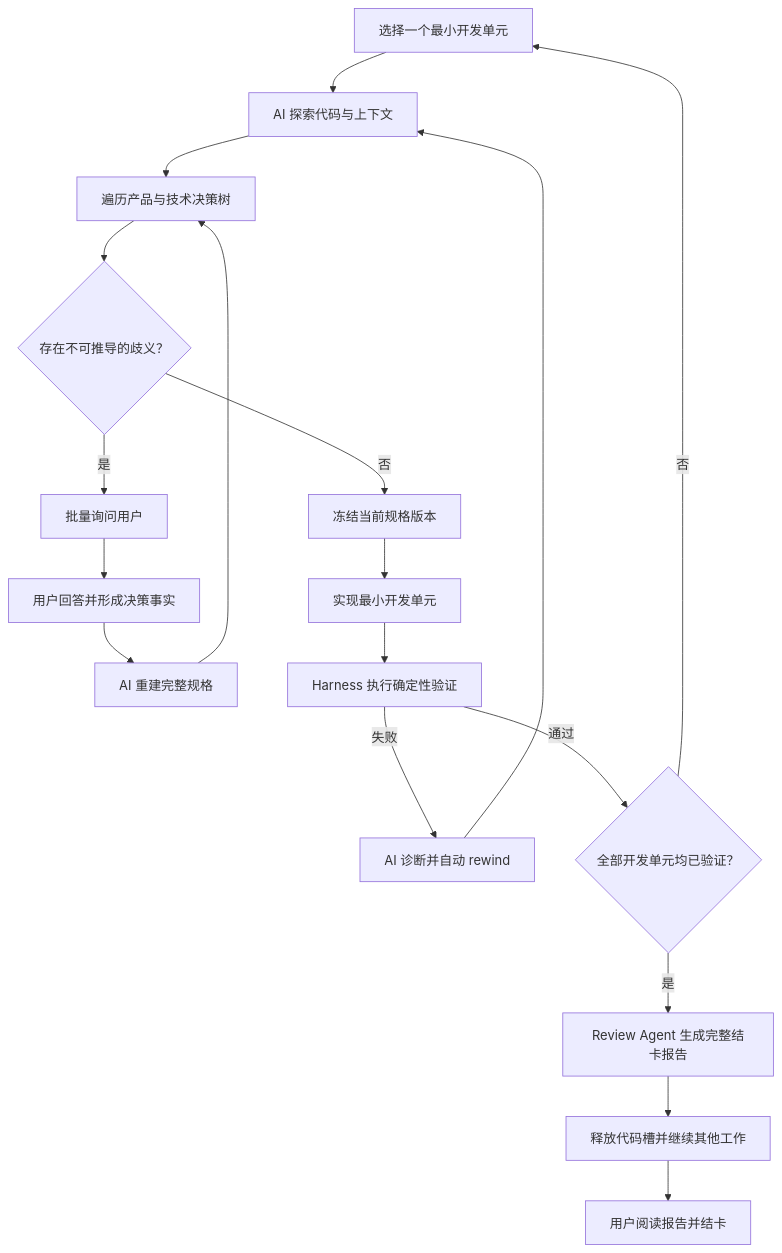
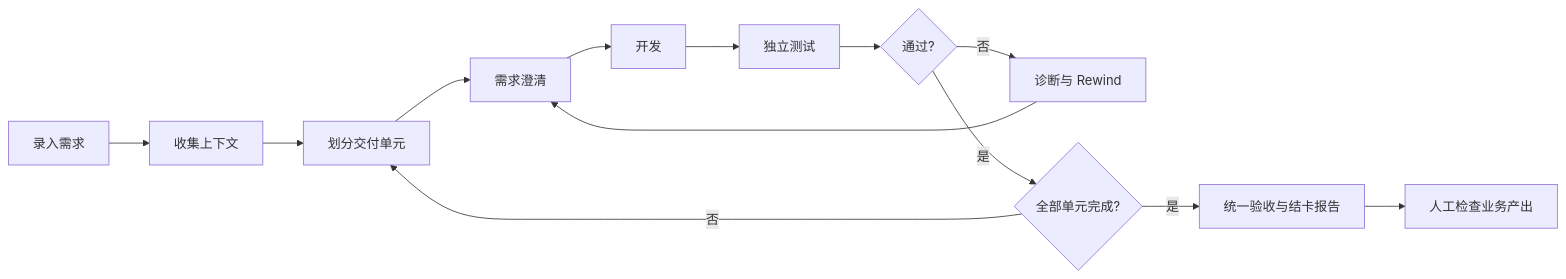
The diagram in README.md (InspireChina/ai4se-loop-workflow), drawn with Mermaid before and after one commit. The commit also changed other lines of this file and 3 other files, not shown here.

````diff
--- a/README.md
+++ b/README.md
@@ -59,20 +20,15 @@
 ```mermaid
-flowchart TD
-    A["选择一个最小开发单元"] --> B["AI 探索代码与上下文"]
-    B --> C["遍历产品与技术决策树"]
-    C --> D{"存在不可推导的歧义？"}
-    D -- "是" --> E["批量询问用户"]
-    E --> F["用户回答并形成决策事实"]
-    F --> G["AI 重建完整规格"]
-    G --> C
-    D -- "否" --> H["冻结当前规格版本"]
-    H --> I["实现最小开发单元"]
-    I --> J["Harness 执行确定性验证"]
-    J -- "失败" --> K["AI 诊断并自动 rewind"]
-    K --> B
-    J -- "通过" --> L{"全部开发单元均已验证？"}
-    L -- "否" --> A
-    L -- "是" --> M["Review Agent 生成完整结卡报告"]
-    M --> N["释放代码槽并继续其他工作"]
-    N --> O["用户阅读报告并结卡"]
+flowchart LR
+    input["录入需求"] --> context["收集上下文"]
+    context --> split["划分交付单元"]
+    split --> clarify["需求澄清"]
+    clarify --> dev["开发"]
+    dev --> test["独立测试"]
+    test --> passed{"通过?"}
+    passed -->|"否"| rewind["诊断与 Rewind"]
+    rewind --> clarify
+    passed -->|"是"| completed{"全部单元完成?"}
+    completed -->|"否"| split
+    completed -->|"是"| review["统一验收与结卡报告"]
+    review --> human["人工检查业务产出"]
 ```
````
